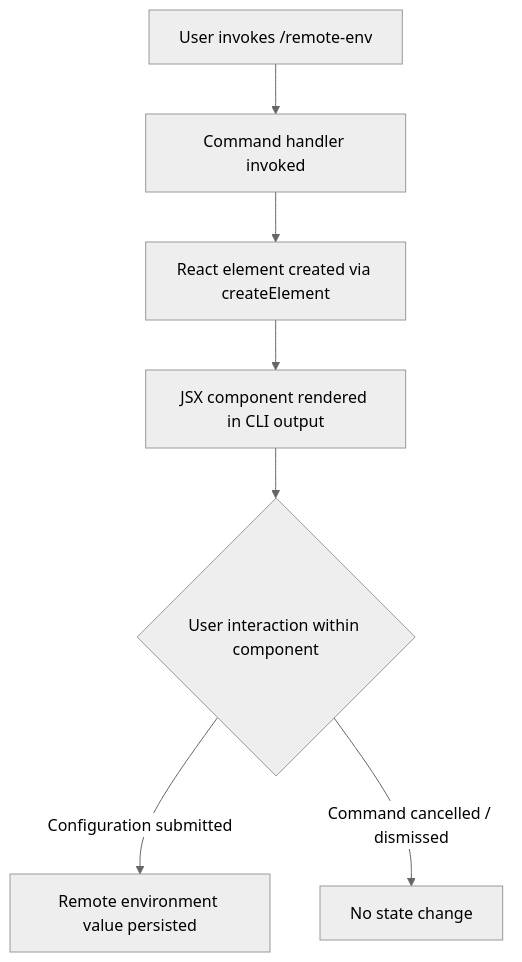
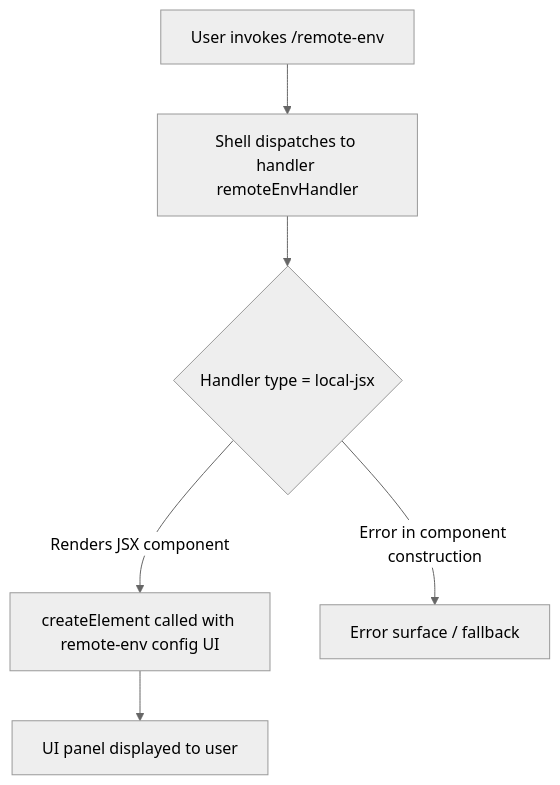
Before and after one commit to MyLittleLuckyDog/cc-gnothi: the diagram in versions/v2.1.143/remote-env.md, drawn with Mermaid (neutral theme). The commit also changed other lines of this file and 483 other files, not shown here.

````diff
--- a/versions/v2.1.143/remote-env.md
+++ b/versions/v2.1.143/remote-env.md
@@ -45,9 +55,8 @@
 ```mermaid
 flowchart TD
-    A[User invokes /remote-env] --> B[Command handler invoked]
-    B --> C[React element created via createElement]
-    C --> D[JSX component rendered in CLI output]
-    D --> E{User interaction within component}
-    E -->|Configuration submitted| F[Remote environment value persisted]
-    E -->|Command cancelled / dismissed| G[No state change]
+    A[User invokes /remote-env] --> B[Shell dispatches to handler remoteEnvHandler]
+    B --> C{Handler type = local-jsx}
+    C -->|Renders JSX component| D[createElement called with remote-env config UI]
+    D --> E[UI panel displayed to user]
+    C -->|Error in component construction| F[Error surface / fallback]
 ```
````
